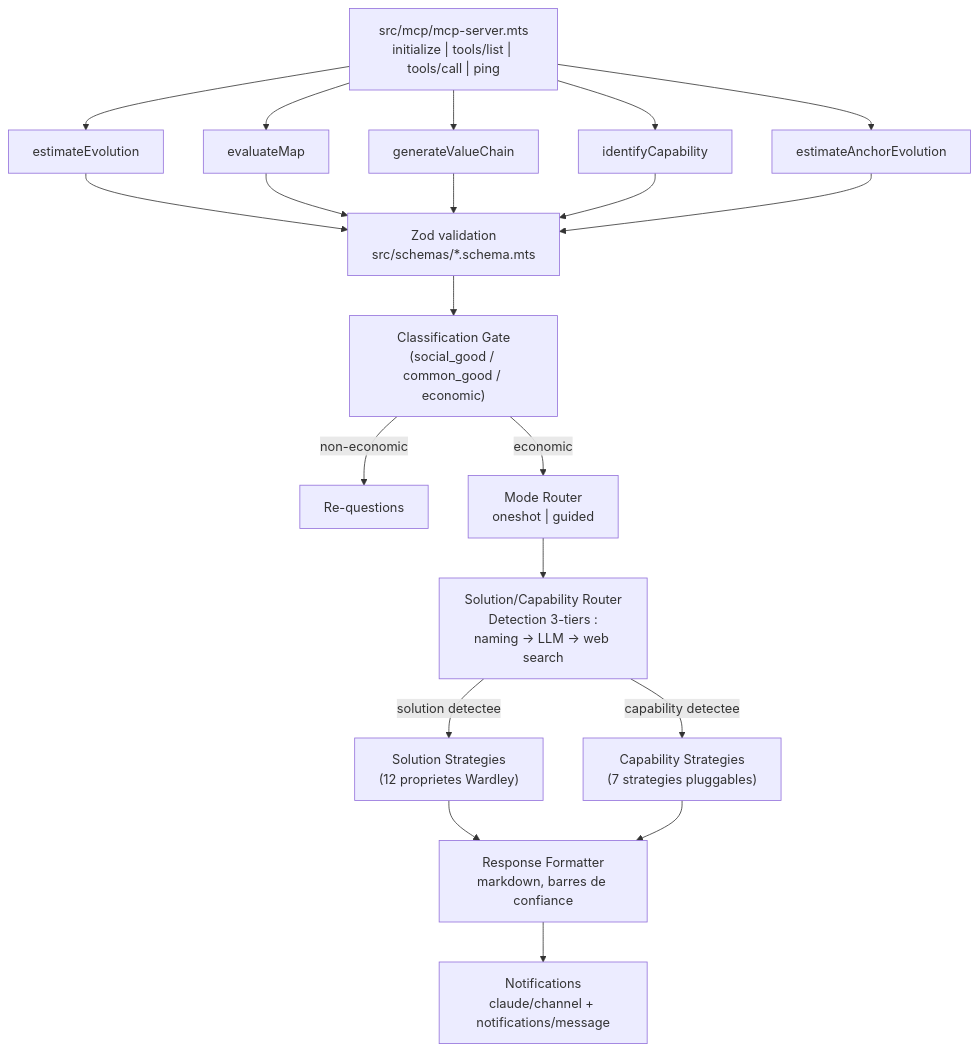
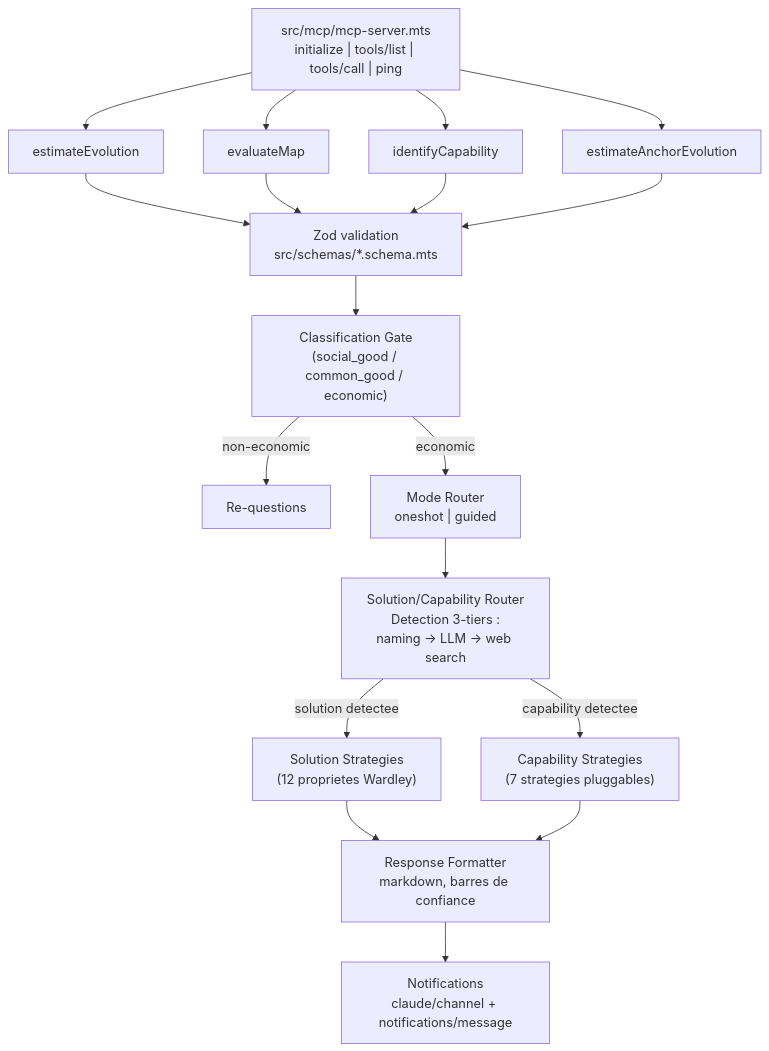
The first of 5 diagrams in docs/technical/architecture.md (formicoidea/labre-mcp), drawn with Mermaid before and after one commit. The commit also changed other lines of this file and 17 other files, not shown here.

First line of the commit message:
feat: remove generateValueChain tool and schema

````diff
--- a/docs/technical/architecture.md
+++ b/docs/technical/architecture.md
@@ -9,22 +9,21 @@
 ```mermaid
 flowchart TD
     MCP["src/mcp/mcp-server.mts\ninitialize | tools/list | tools/call | ping"]
     MCP --> EE["estimateEvolution"]
     MCP --> EM["evaluateMap"]
-    MCP --> GV["generateValueChain"]
     MCP --> IC["identifyCapability"]
     MCP --> AN["estimateAnchorEvolution"]
 
-    EE & EM & GV & IC & AN --> Zod["Zod validation\nsrc/schemas/*.schema.mts"]
+    EE & EM & IC & AN --> Zod["Zod validation\nsrc/schemas/*.schema.mts"]
     Zod --> CG["Classification Gate\n(social_good / common_good / economic)"]
     CG -->|"non-economic"| RQ["Re-questions"]
     CG -->|"economic"| MR["Mode Router\noneshot | guided"]
 
     MR --> SCR["Solution/Capability Router\nDetection 3-tiers :\nnaming → LLM → web search"]
 
     SCR -->|"solution detectee"| SS["Solution Strategies\n(12 proprietes Wardley)"]
     SCR -->|"capability detectee"| CS["Capability Strategies\n(7 strategies pluggables)"]
 
     SS & CS --> RF["Response Formatter\nmarkdown, barres de confiance"]
     RF --> N["Notifications\nclaude/channel + notifications/message"]
 ```
````
